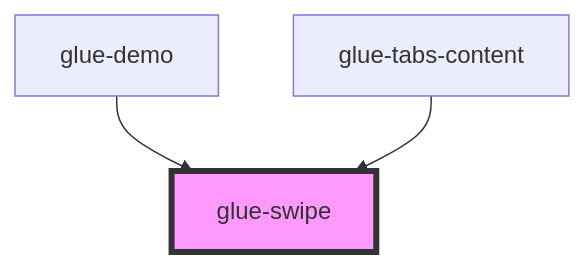
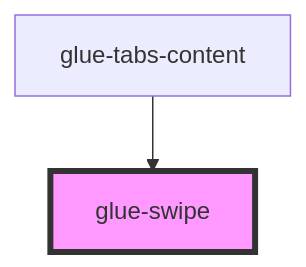
Before and after one commit to grasilife/glue: the diagram in packages/glue-components/src/components/glue-swipe/readme.md, drawn with Mermaid. The commit also changed other lines of this file and 29 other files, not shown here.

Commit message:
完善Icon 图标文档

````diff
--- a/packages/glue-components/src/components/glue-swipe/readme.md
+++ b/packages/glue-components/src/components/glue-swipe/readme.md
@@ -74,6 +73,5 @@
 ```mermaid
 graph TD;
-  glue-demo --> glue-swipe
   glue-tabs-content --> glue-swipe
   style glue-swipe fill:#f9f,stroke:#333,stroke-width:4px
 ```
````
